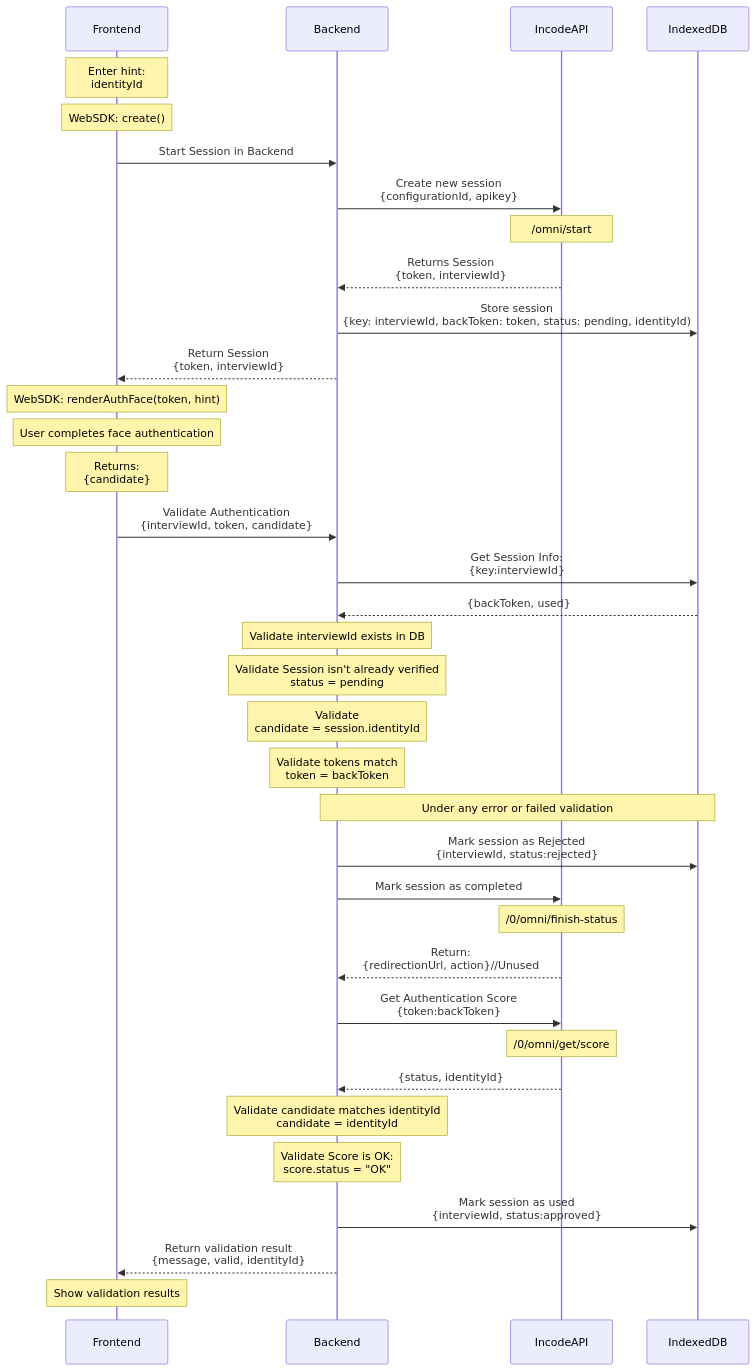
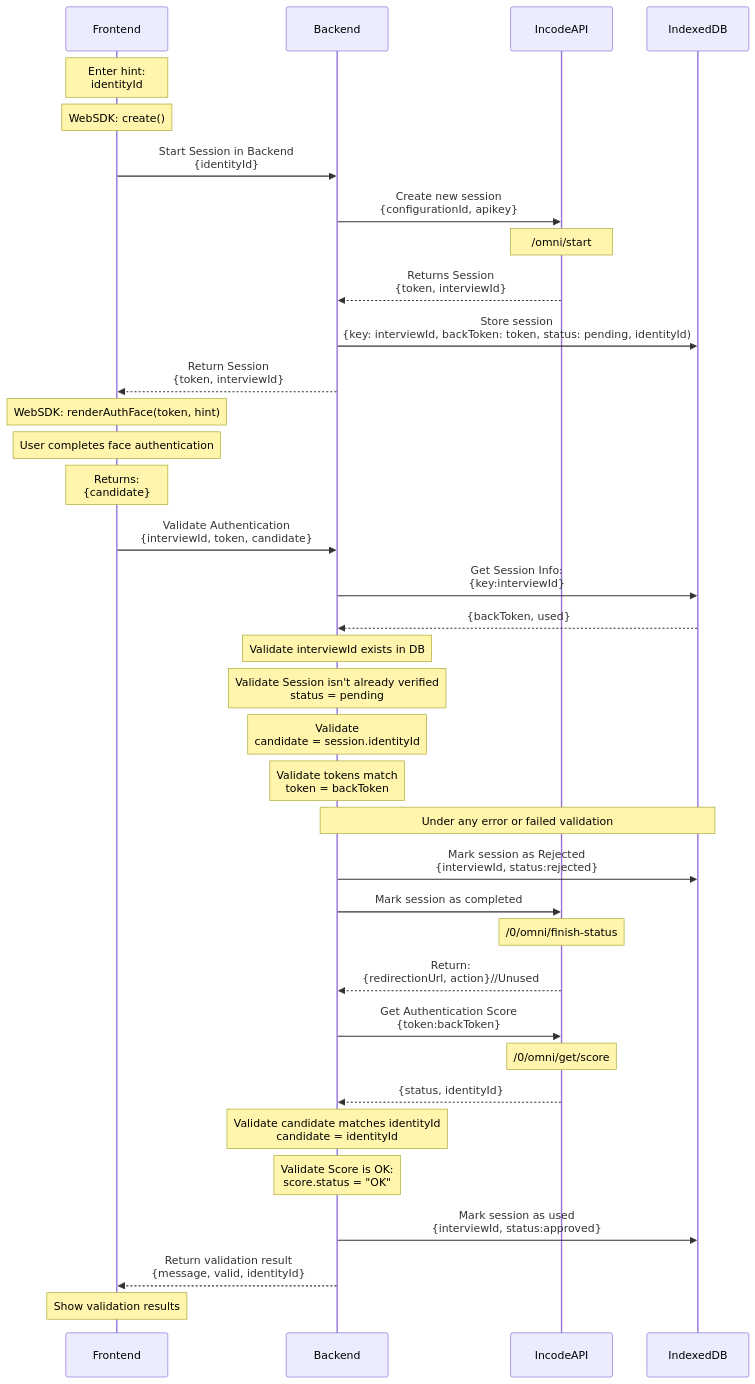
Before and after one commit to Incode-Technologies-Example-Repos/authentication-core-javascript: the diagram in README.md, drawn with Mermaid.

Commit message:
update diagram

````diff
--- a/README.md
+++ b/README.md
@@ -17,44 +17,44 @@
 ```mermaid
 sequenceDiagram
     participant Frontend
     participant Backend
     participant IncodeAPI
     participant IndexedDB
 
     Note over Frontend: Enter hint:<br> identityId
     Note over Frontend: WebSDK: create()
-    Frontend->>Backend: Start Session in Backend
+    Frontend->>Backend: Start Session in Backend<br>{identityId}
     Backend->>IncodeAPI: Create new session<br>{configurationId, apikey}
     Note over IncodeAPI: /omni/start
     IncodeAPI-->>Backend: Returns Session<br>{token, interviewId}
     Backend->>IndexedDB: Store session<br>{key: interviewId, backToken: token, status: pending, identityId)
     Backend-->>Frontend: Return Session<br>{token, interviewId}
     
     Note over Frontend: WebSDK: renderAuthFace(token, hint)
     Note over Frontend: User completes face authentication
     Note over Frontend:Returns:<br>{candidate}
      
     Frontend->>Backend: Validate Authentication<br>{interviewId, token, candidate}
     Backend->>IndexedDB: Get Session Info:<br>{key:interviewId}
     IndexedDB-->>Backend:  {backToken, used}
     Note over Backend: Validate interviewId exists in DB
     Note over Backend: Validate Session isn't already verified<br>status = pending 
     Note over Backend: Validate<br>candidate = session.identityId
     Note over Backend: Validate tokens match<br>token = backToken
 
    Note over Backend,IndexedDB: Under any error or failed validation
    Backend->>IndexedDB: Mark session as Rejected<br>{interviewId, status:rejected}
 
     Backend->>IncodeAPI: Mark session as completed
     Note over IncodeAPI: /0/omni/finish-status 
     IncodeAPI-->>Backend: Return:<br>{redirectionUrl, action}//Unused
 
     Backend->>IncodeAPI: Get Authentication Score<br>{token:backToken}
     Note over IncodeAPI: /0/omni/get/score
     IncodeAPI-->>Backend: {status, identityId}
     Note over Backend: Validate candidate matches identityId<br> candidate = identityId
     Note over Backend: Validate Score is OK:<br>score.status = "OK"
     Backend->>IndexedDB: Mark session as used<br>{interviewId, status:approved}
     Backend-->>Frontend: Return validation result<br>{message, valid, identityId}
     Note over Frontend: Show validation results
 ```
````
